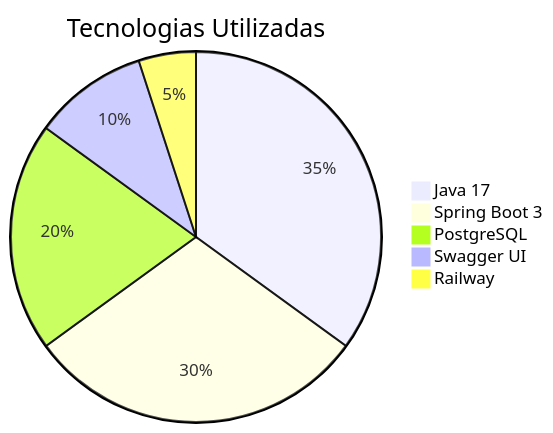
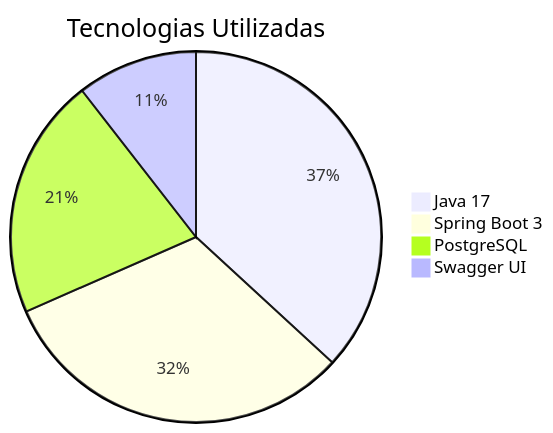
Before and after one commit to isadorabitt/api-livros: the diagram in README.md, drawn with Mermaid. The commit also changed other lines of this file and 4 other files, not shown here.

````diff
--- a/README.md
+++ b/README.md
@@ -36,9 +22,8 @@
 ```mermaid
 pie
     title Tecnologias Utilizadas
     "Java 17" : 35
     "Spring Boot 3" : 30
     "PostgreSQL" : 20
     "Swagger UI" : 10
-    "Railway" : 5
 ```
````
